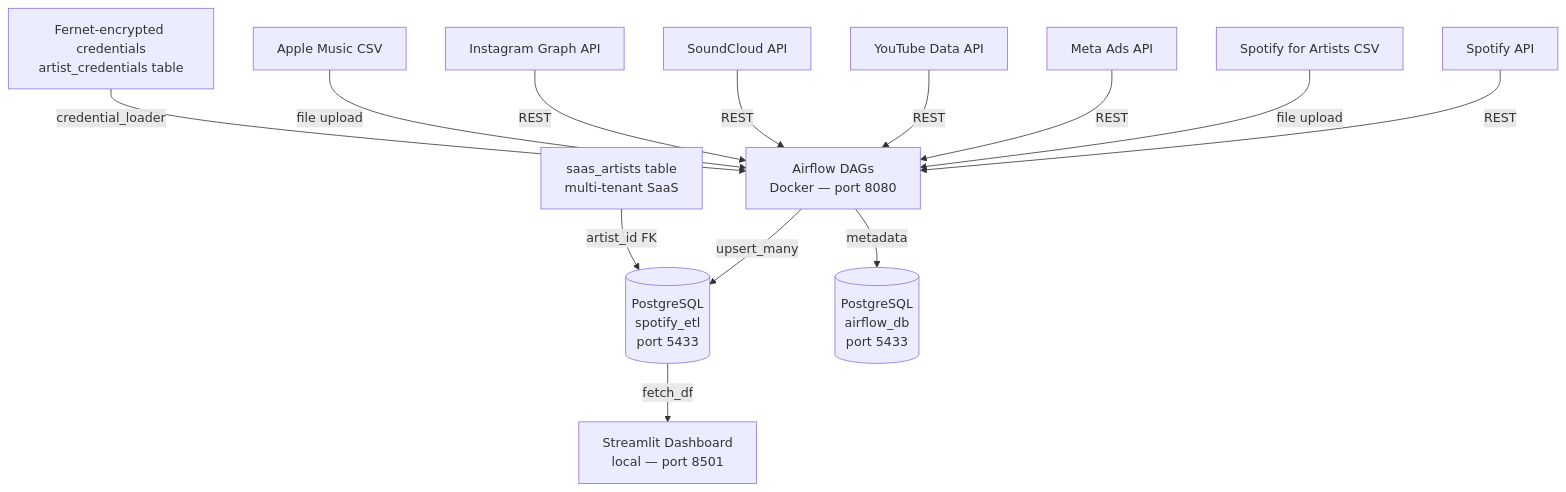
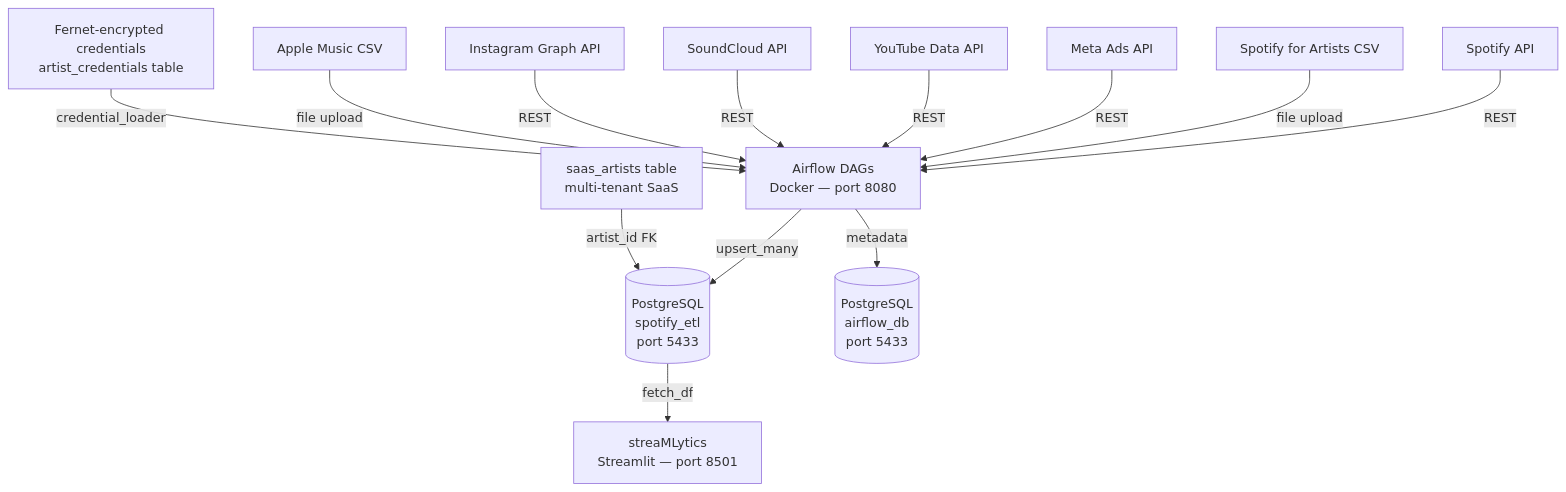
One commit to 1x7xxxxxxx/Dashboard_music_platform_algo_spotify changed the first of 3 diagrams in .claude/dev-docs/architecture.md. Above: the diagram before and after it, drawn with Mermaid. The commit also changed 4 other files, not shown here.

First line of the commit message:
docs(brand): rename product to streaMLytics + Brick 32 P3

````diff
--- a/.claude/dev-docs/architecture.md
+++ b/.claude/dev-docs/architecture.md
@@ -12,19 +12,19 @@
 ```mermaid
 graph TD
     A1[Spotify API] -->|REST| C
     A2[Spotify for Artists CSV] -->|file upload| C
     A3[Meta Ads API] -->|REST| C
     A4[YouTube Data API] -->|REST| C
     A5[SoundCloud API] -->|REST| C
     A6[Instagram Graph API] -->|REST| C
     A7[Apple Music CSV] -->|file upload| C
 
     C[Airflow DAGs<br/>Docker — port 8080]
     C -->|upsert_many| D[(PostgreSQL<br/>spotify_etl<br/>port 5433)]
     C -->|metadata| E[(PostgreSQL<br/>airflow_db<br/>port 5433)]
 
-    D -->|fetch_df| F[Streamlit Dashboard<br/>local — port 8501]
+    D -->|fetch_df| F[streaMLytics<br/>Streamlit — port 8501]
 
     G[Fernet-encrypted credentials<br/>artist_credentials table] -->|credential_loader| C
     H[saas_artists table<br/>multi-tenant SaaS] -->|artist_id FK| D
 ```
````
